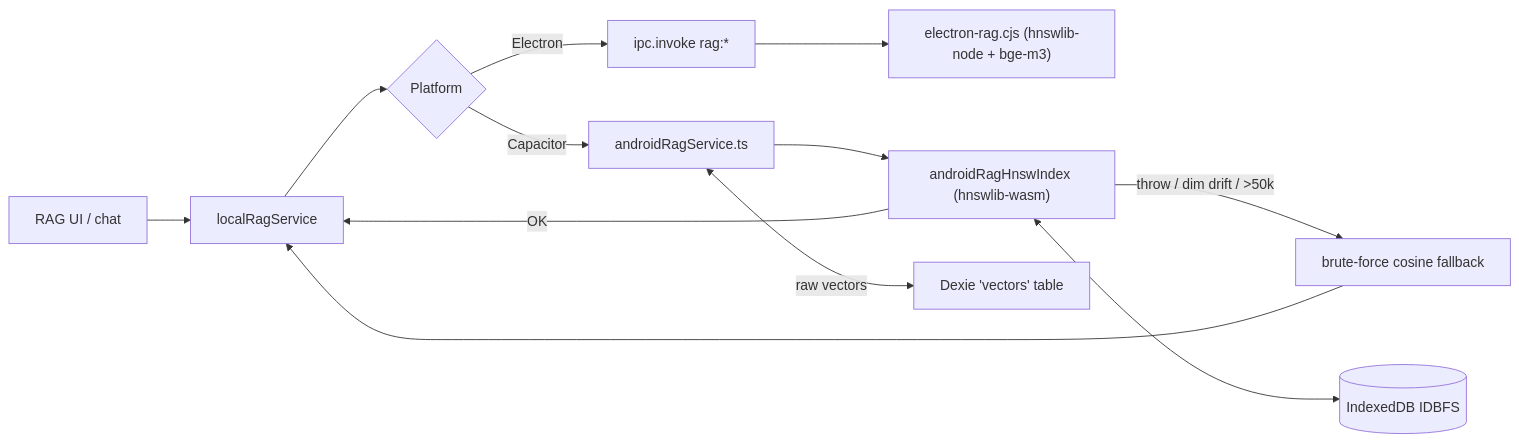
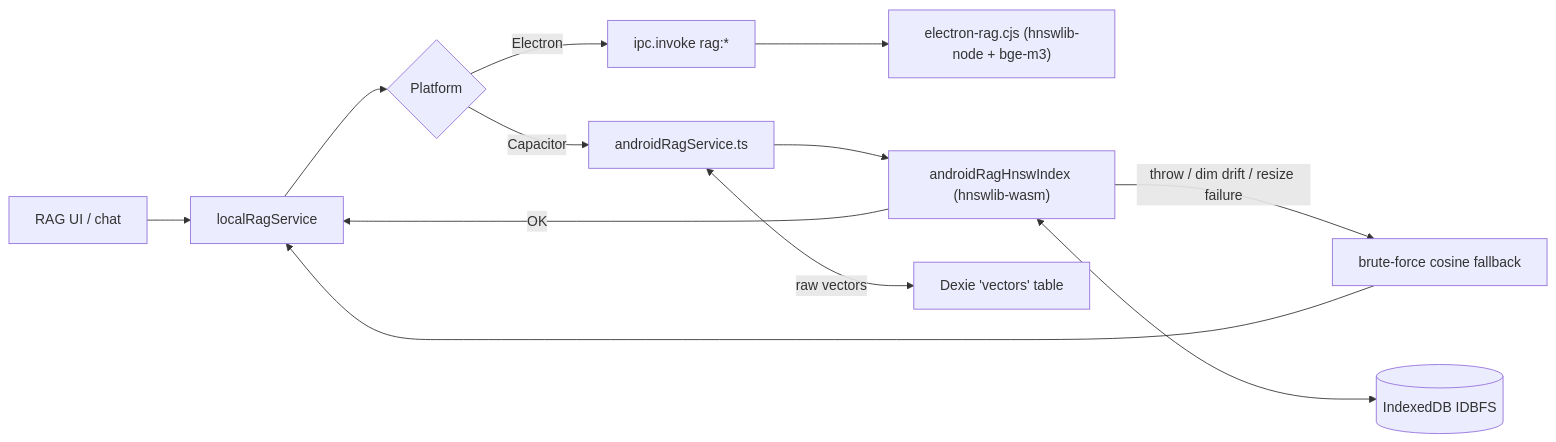
Before and after one commit to OgalinLabM0/Kumiko-Amadeus: the second of 2 diagrams in docs/rag-architecture.md, drawn with Mermaid. The commit also changed other lines of this file and 9 other files, not shown here.

````diff
--- a/docs/rag-architecture.md
+++ b/docs/rag-architecture.md
@@ -165,25 +165,25 @@
 ```mermaid
 flowchart LR
     UI["RAG UI / chat"]
     LRS["localRagService"]
     INV{"Platform"}
     IPC["ipc.invoke rag:*"]
     ERAG["electron-rag.cjs (hnswlib-node + bge-m3)"]
     ARS["androidRagService.ts"]
     HNSW["androidRagHnswIndex (hnswlib-wasm)"]
     BF["brute-force cosine fallback"]
     DEX["Dexie 'vectors' table"]
     IDBFS[("IndexedDB IDBFS")]
 
     UI --> LRS
     LRS --> INV
     INV -->|"Electron"| IPC
     IPC --> ERAG
     INV -->|"Capacitor"| ARS
     ARS --> HNSW
     HNSW -->|"OK"| LRS
-    HNSW -->|"throw / dim drift / >50k"| BF
+    HNSW -->|"throw / dim drift / resize failure"| BF
     BF --> LRS
     HNSW <--> IDBFS
     ARS <-->|"raw vectors"| DEX
 ```
````
